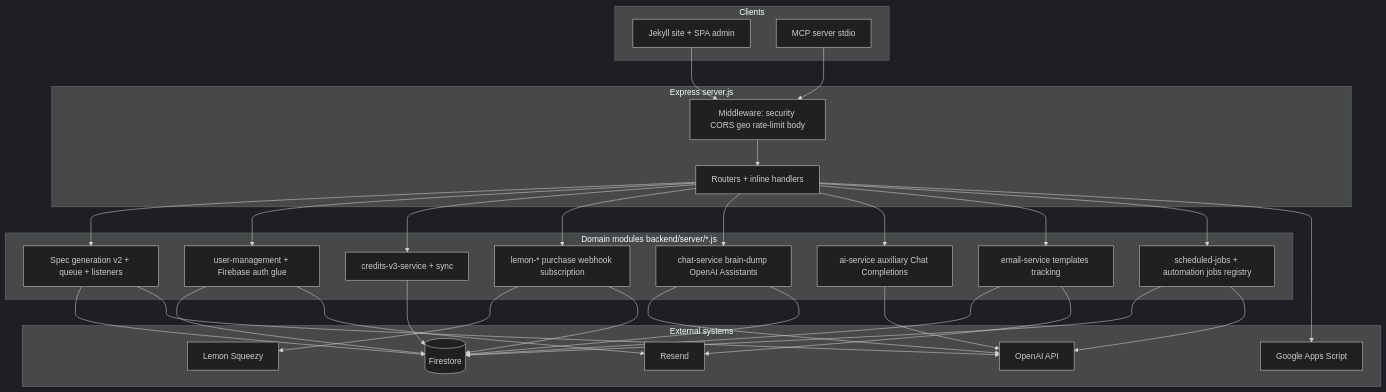
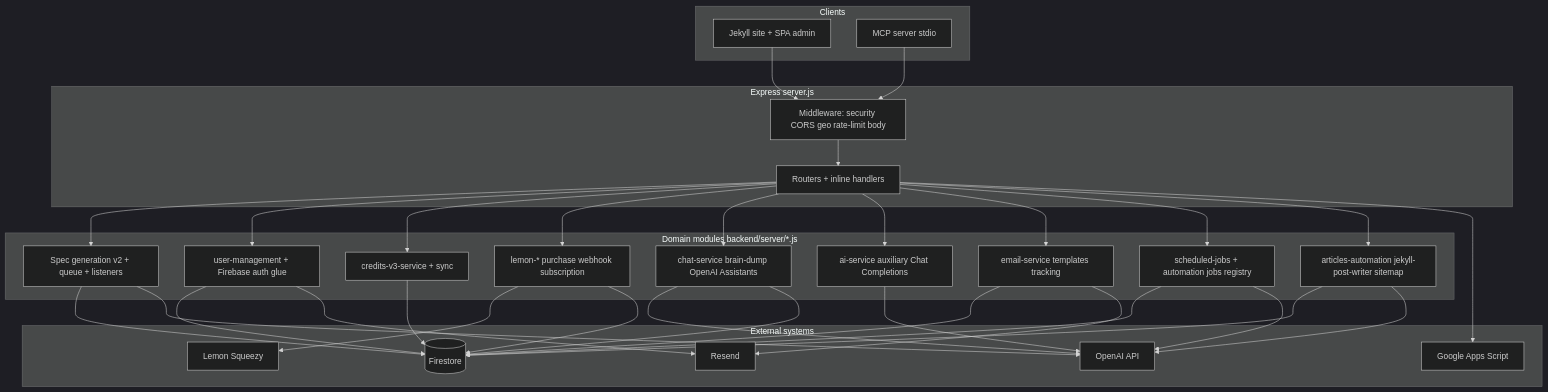
Before and after one commit to Shalomcohenai/specifys.ai: the first of 2 diagrams in docs/architecture/ARCHITECTURE.md, drawn with Mermaid (dark theme). The commit also changed other lines of this file and 6 other files, not shown here.

First line of the commit message:
Refresh architecture docs and site metadata for May 2026 production state.

````diff
--- a/docs/architecture/ARCHITECTURE.md
+++ b/docs/architecture/ARCHITECTURE.md
@@ -181,58 +186,62 @@
 ```mermaid
 flowchart TB
   subgraph clients [Clients]
     Web[Jekyll site + SPA admin]
     MCP[MCP server stdio]
   end
 
   subgraph express [Express server.js]
     MW[Middleware: security CORS geo rate-limit body]
     RT[Routers + inline handlers]
   end
 
   subgraph services [Domain modules backend/server/*.js]
     Spec[Spec generation v2 + queue + listeners]
     User[user-management + Firebase auth glue]
     Credits[credits-v3-service + sync]
     Lemon[lemon-* purchase webhook subscription]
     Chat[chat-service brain-dump OpenAI Assistants]
     Aux[ai-service auxiliary Chat Completions]
     Mail[email-service templates tracking]
     Jobs[scheduled-jobs + automation jobs registry]
+    Content[articles-automation jekyll-post-writer sitemap]
   end
 
   subgraph external [External systems]
     FS[(Firestore)]
     OAI[OpenAI API]
     LS[Lemon Squeezy]
     RS[Resend]
     GA[Google Apps Script]
   end
 
   Web --> MW
   MCP --> MW
   MW --> RT
   RT --> Spec
   RT --> User
   RT --> Credits
   RT --> Lemon
   RT --> Chat
   RT --> Aux
   RT --> Mail
   RT --> Jobs
+  RT --> Content
   Spec --> FS
   Spec --> OAI
   User --> FS
   User --> RS
   Credits --> FS
   Lemon --> LS
   Lemon --> FS
   Chat --> OAI
   Chat --> FS
   Aux --> OAI
   Mail --> FS
   Mail --> RS
   Jobs --> FS
   Jobs --> OAI
+  Content --> FS
+  Content --> OAI
   RT --> GA
 ```
````
